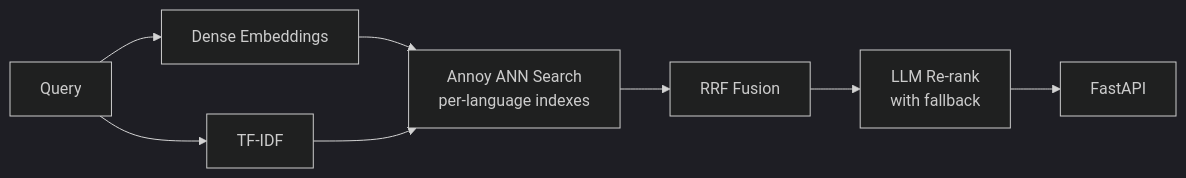
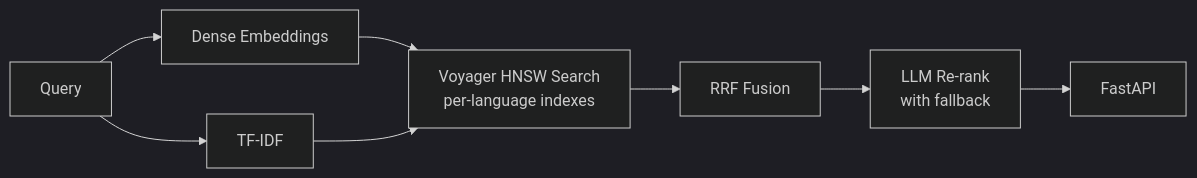
The third of 4 diagrams in README.md (nlorber/nlorber), drawn with Mermaid (dark theme) before and after one commit. The commit also changed other lines of this file, not shown here.

Commit message:
docs: update api key note and switch hybrid-recsys to voyager

````diff
--- a/README.md
+++ b/README.md
@@ -52,10 +52,10 @@
 ```mermaid
 flowchart LR
     Q[Query] --> EMB[Dense Embeddings]
     Q --> TF[TF-IDF]
-    EMB --> ANN[Annoy ANN Search\nper-language indexes]
+    EMB --> ANN[Voyager HNSW Search\nper-language indexes]
     TF --> ANN
     ANN --> RRF[RRF Fusion]
     RRF --> LLM[LLM Re-rank\nwith fallback]
     LLM --> API[FastAPI]
 ```
````
